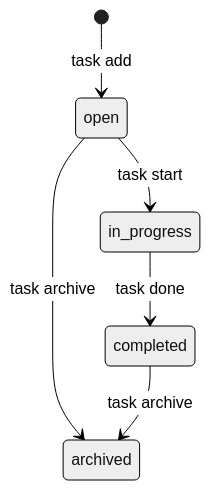
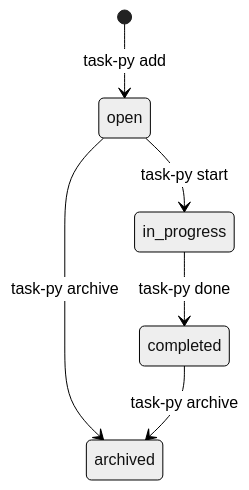
The diagram in docs/glossary.md (kanan4gh/dev-tasks2-py), drawn with Mermaid (neutral theme) before and after one commit. The commit also changed other lines of this file and 5 other files, not shown here.

````diff
--- a/docs/glossary.md
+++ b/docs/glossary.md
@@ -118,8 +118,8 @@
 ```mermaid
 stateDiagram-v2
-    [*] --> open: task add
-    open --> in_progress: task start
-    in_progress --> completed: task done
-    open --> archived: task archive
-    completed --> archived: task archive
+    [*] --> open: task-py add
+    open --> in_progress: task-py start
+    in_progress --> completed: task-py done
+    open --> archived: task-py archive
+    completed --> archived: task-py archive
 ```
````
